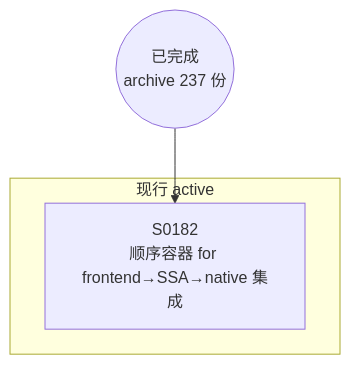
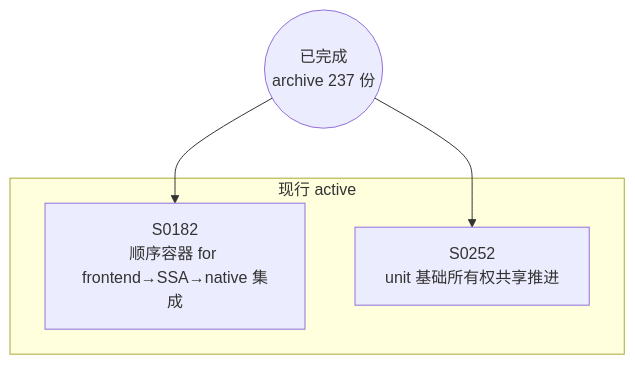
One commit to Halckon/Koven changed the diagram in docs/specs/dependency-graph.md. Above: the diagram before and after it, drawn with Mermaid. The commit also changed other lines of this file and 7 other files, not shown here.

````diff
--- a/docs/specs/dependency-graph.md
+++ b/docs/specs/dependency-graph.md
@@ -9,8 +9,10 @@
 ```mermaid
 flowchart TD
 ARCH(("已完成<br/>archive 237 份"))
 subgraph Gactive["现行 active"]
   S0182["S0182<br/>顺序容器 for frontend→SSA→native 集成"]
+  S0252["S0252<br/>unit 基础所有权共享推进"]
 end
 ARCH --> S0182
+ARCH --> S0252
 ```
````
